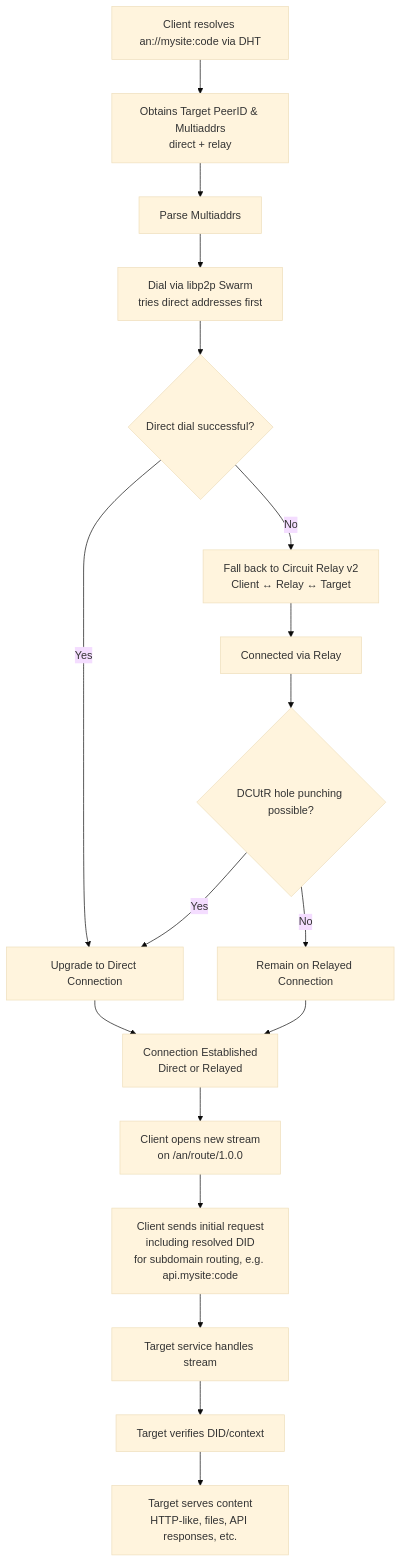
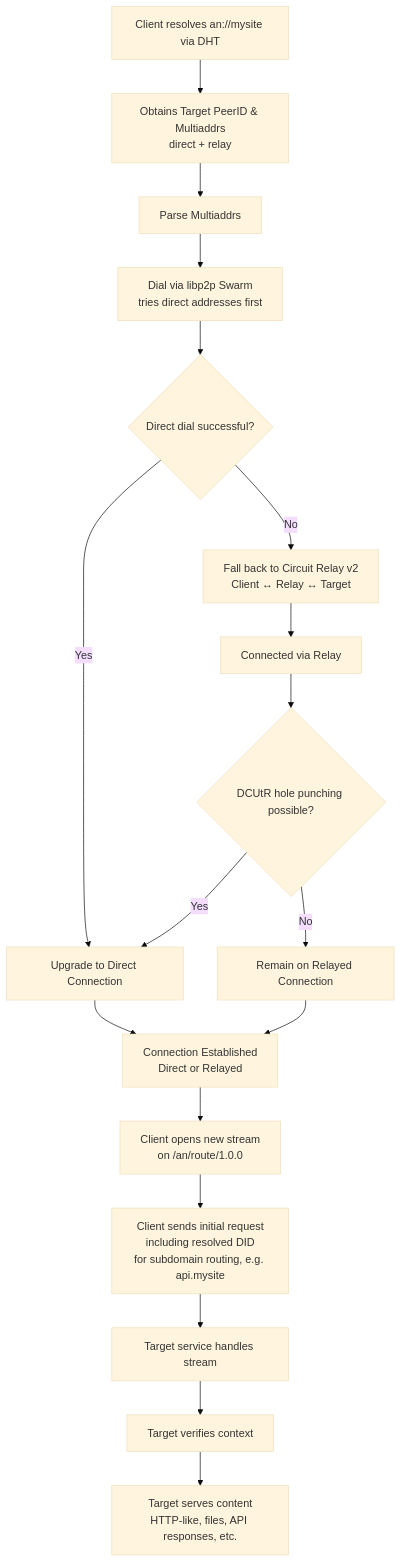
Before and after one commit to ravendevteam/alternet: the second of 2 diagrams in README.md, drawn with Mermaid (base theme). The commit also changed other lines of this file, not shown here.

````diff
--- a/README.md
+++ b/README.md
@@ -220,20 +211,20 @@
 ```mermaid
 flowchart TD
-    A[Client resolves an://mysite:code via DHT] --> B[Obtains Target PeerID & Multiaddrs<br>direct + relay]
+    A[Client resolves an://mysite via DHT] --> B[Obtains Target PeerID & Multiaddrs<br>direct + relay]
     B --> C[Parse Multiaddrs]
     C --> D[Dial via libp2p Swarm<br>tries direct addresses first]
     D --> E{Direct dial successful?}
     E -- Yes --> I[Connected]
     E -- No --> F[Fall back to Circuit Relay v2<br>Client ↔ Relay ↔ Target]
     F --> G[Connected via Relay]
     G --> H{DCUtR hole punching possible?}
     H -- Yes --> I[Upgrade to Direct Connection]
     H -- No --> J[Remain on Relayed Connection]
     I --> K[Connection Established<br>Direct or Relayed]
     J --> K
     K --> L[Client opens new stream<br>on /an/route/1.0.0]
-    L --> M[Client sends initial request<br>including resolved DID<br>for subdomain routing, e.g. api.mysite:code]
+    L --> M[Client sends initial request<br>including resolved DID<br>for subdomain routing, e.g. api.mysite]
     M --> N[Target service handles stream]
-    N --> O[Target verifies DID/context]
+    N --> O[Target verifies context]
     O --> P[Target serves content<br>HTTP-like, files, API responses, etc.]
 ```
````
